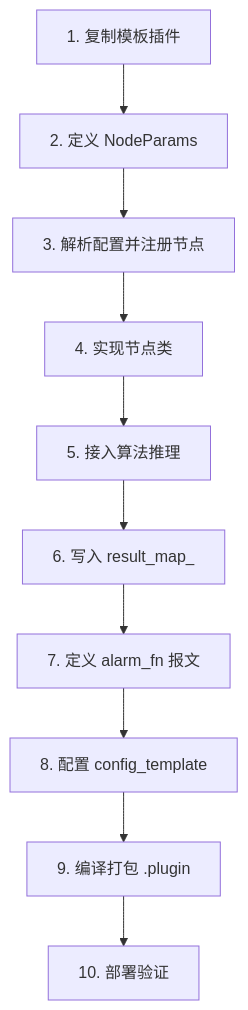
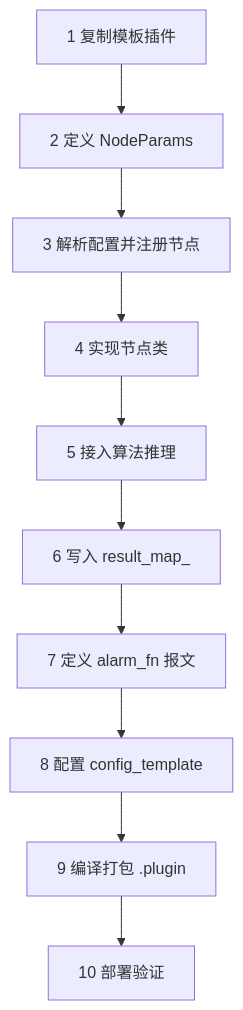
The second of 2 diagrams in docs/zh/plugin-development.md (JinsonicAi/jinsonic-ai-sdk), drawn with Mermaid before and after one commit. The commit also changed 1 other file, not shown here.

Commit message:
docs: fix mermaid flowchart 'Unsupported markdown: list' error

````diff
--- a/docs/zh/plugin-development.md
+++ b/docs/zh/plugin-development.md
@@ -59,12 +59,12 @@
 ```mermaid
 flowchart TB
-    S1[1. 复制模板插件] --> S2[2. 定义 NodeParams]
-    S2 --> S3[3. 解析配置并注册节点]
-    S3 --> S4[4. 实现节点类]
-    S4 --> S5[5. 接入算法推理]
-    S5 --> S6[6. 写入 result_map_]
-    S6 --> S7[7. 定义 alarm_fn 报文]
-    S7 --> S8[8. 配置 config_template]
-    S8 --> S9[9. 编译打包 .plugin]
-    S9 --> S10[10. 部署验证]
+    S1["1 复制模板插件"] --> S2["2 定义 NodeParams"]
+    S2 --> S3["3 解析配置并注册节点"]
+    S3 --> S4["4 实现节点类"]
+    S4 --> S5["5 接入算法推理"]
+    S5 --> S6["6 写入 result_map_"]
+    S6 --> S7["7 定义 alarm_fn 报文"]
+    S7 --> S8["8 配置 config_template"]
+    S8 --> S9["9 编译打包 .plugin"]
+    S9 --> S10["10 部署验证"]
 ```
````
